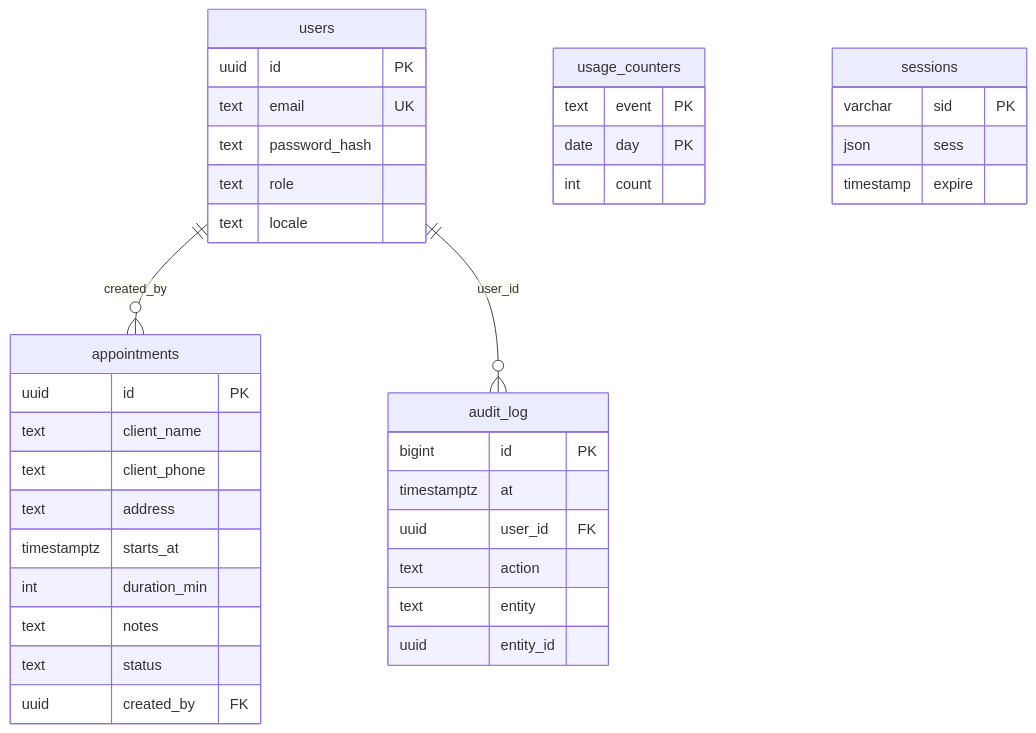
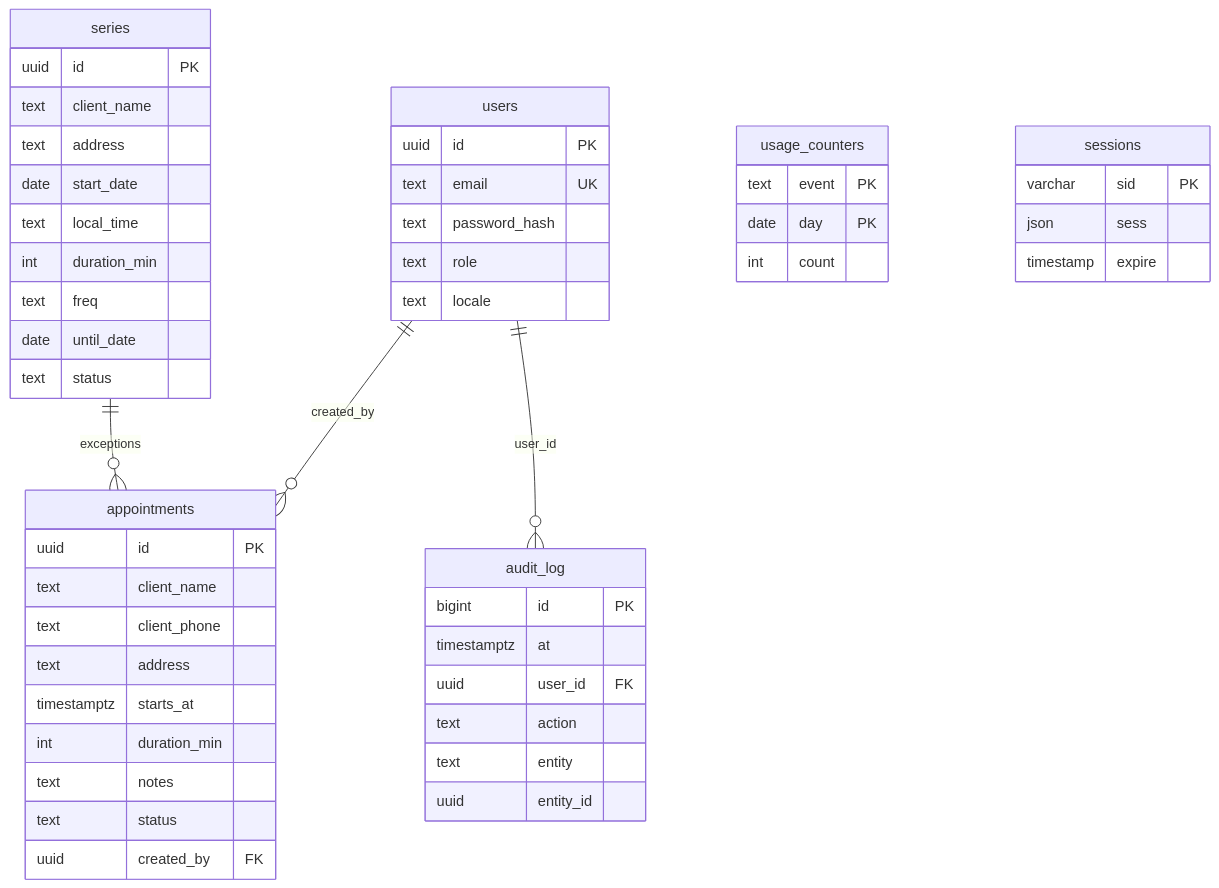
One commit to Barrientosgers/anyger-housekeeping changed the second of 2 diagrams in docs/architecture.md. Above: the diagram before and after it, drawn with Mermaid. The commit also changed other lines of this file and 22 other files, not shown here.

````diff
--- a/docs/architecture.md
+++ b/docs/architecture.md
@@ -38,41 +38,53 @@
 ```mermaid
 erDiagram
   users ||--o{ appointments : created_by
+  series ||--o{ appointments : exceptions
   users ||--o{ audit_log : user_id
   users {
     uuid id PK
     text email UK
     text password_hash
     text role
     text locale
   }
   appointments {
     uuid id PK
     text client_name
     text client_phone
     text address
     timestamptz starts_at
     int duration_min
     text notes
     text status
     uuid created_by FK
+  }
+  series {
+    uuid id PK
+    text client_name
+    text address
+    date start_date
+    text local_time
+    int duration_min
+    text freq
+    date until_date
+    text status
   }
   audit_log {
     bigint id PK
     timestamptz at
     uuid user_id FK
     text action
     text entity
     uuid entity_id
   }
   usage_counters {
     text event PK
     date day PK
     int count
   }
   sessions {
     varchar sid PK
     json sess
     timestamp expire
   }
 ```
````
